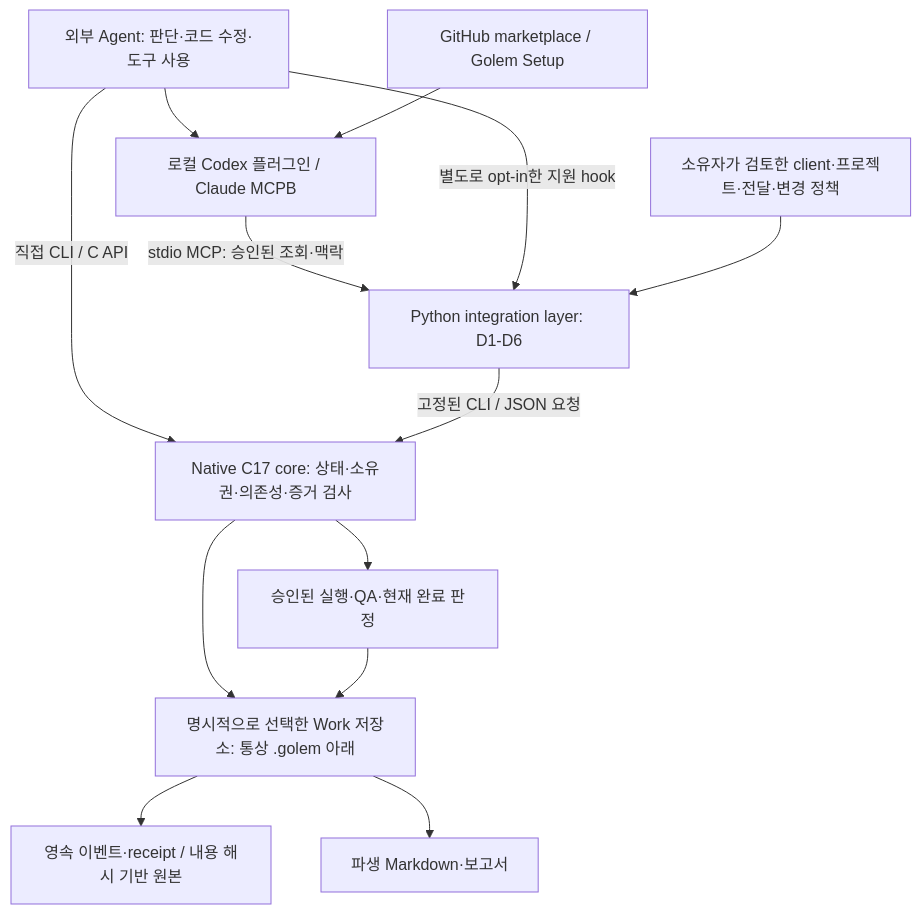
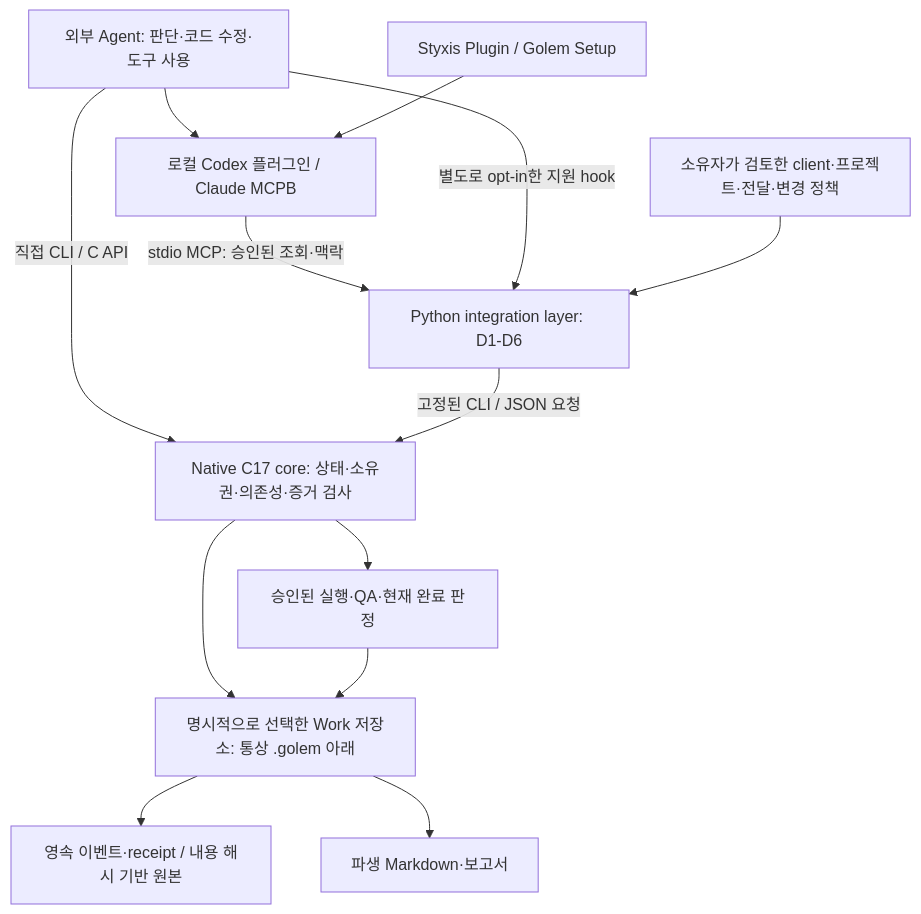
The second of 2 diagrams in README.ko.md (seadonggyun4/Golem), drawn with Mermaid before and after one commit. The commit also changed other lines of this file and 28 other files, not shown here.

Commit message:
feat: publish Golem client packages through Styxis entry point

````diff
--- a/README.ko.md
+++ b/README.ko.md
@@ -99,15 +101,15 @@
 ```mermaid
 flowchart TD
     A["외부 Agent: 판단·코드 수정·도구 사용"] -->|"직접 CLI / C API"| C["Native C17 core: 상태·소유권·의존성·증거 검사"]
     A --> L["로컬 Codex 플러그인 / Claude MCPB"]
-    G["GitHub marketplace / Golem Setup"] --> L
+    G["Styxis Plugin / Golem Setup"] --> L
     L -->|"stdio MCP: 승인된 조회·맥락"| I["Python integration layer: D1-D6"]
     A -->|"별도로 opt-in한 지원 hook"| I
     O["소유자가 검토한 client·프로젝트·전달·변경 정책"] --> I
     I -->|"고정된 CLI / JSON 요청"| C
     C --> E["승인된 실행·QA·현재 완료 판정"]
     C --> S["명시적으로 선택한 Work 저장소: 통상 .golem 아래"]
     E --> S
     S --> J["영속 이벤트·receipt / 내용 해시 기반 원본"]
     S --> M["파생 Markdown·보고서"]
 ```
````
